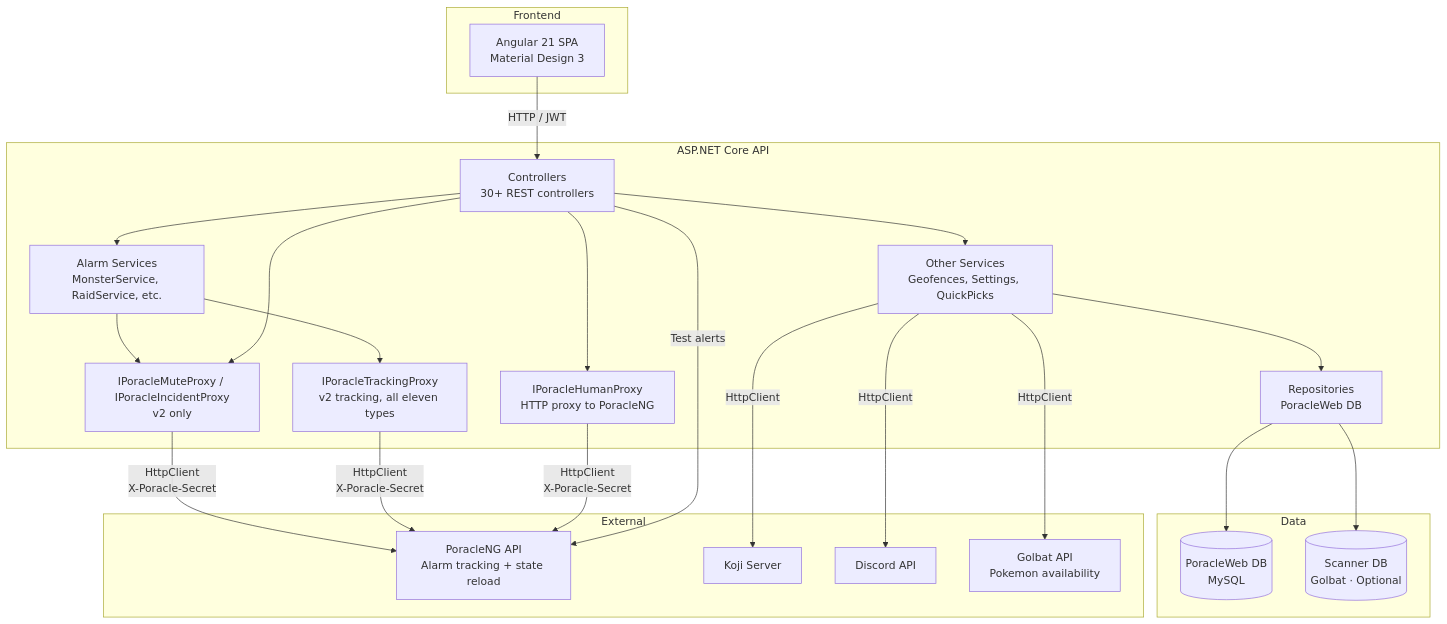
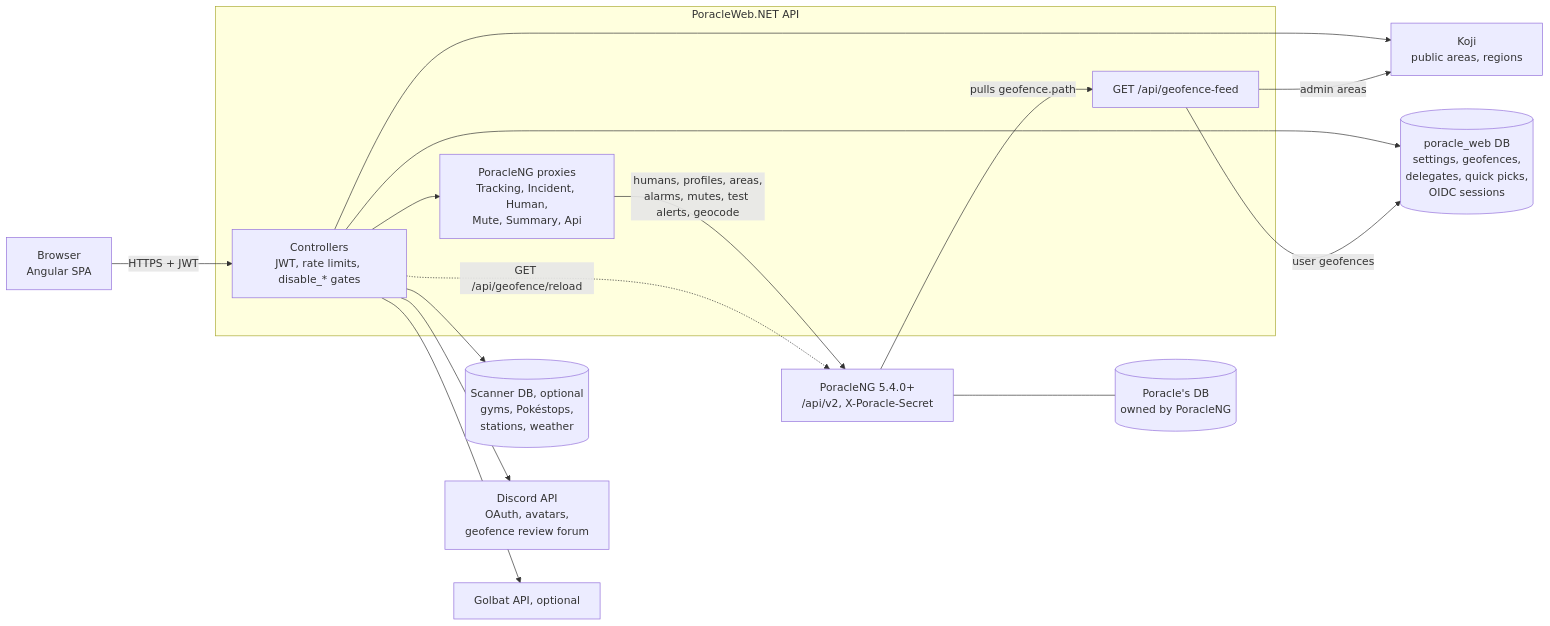
One commit to PGAN-Dev/PoracleWeb.NET changed the diagram in docs/architecture/overview.md. Above: the diagram before and after it, drawn with Mermaid. The commit also changed other lines of this file and 7 other files, not shown here.

First line of the commit message:
docs: bring the architecture pages up to the 5.4.0 v2 integration

````diff
--- a/docs/architecture/overview.md
+++ b/docs/architecture/overview.md
@@ -35,46 +36,29 @@
 ```mermaid
-graph TB
-    subgraph Frontend
-        Angular[Angular 21 SPA<br/>Material Design 3]
+flowchart LR
+    Browser["Browser<br/>Angular SPA"]
+    subgraph PW["PoracleWeb.NET API"]
+        API["Controllers<br/>JWT, rate limits, disable_* gates"]
+        Proxies["PoracleNG proxies<br/>Tracking, Incident, Human,<br/>Mute, Summary, Api"]
+        Feed["GET /api/geofence-feed"]
     end
-
-    subgraph Backend["ASP.NET Core API"]
-        Controllers[Controllers<br/>30+ REST controllers]
-        AlarmServices[Alarm Services<br/>MonsterService, RaidService, etc.]
-        TrackingProxy[IPoracleTrackingProxy<br/>v2 tracking, all eleven types]
-        HumanProxy[IPoracleHumanProxy<br/>HTTP proxy to PoracleNG]
-        V2Proxies["IPoracleMuteProxy / IPoracleIncidentProxy<br/>v2 only"]
-        OtherServices[Other Services<br/>Geofences, Settings, QuickPicks]
-        Repositories[Repositories<br/>PoracleWeb DB]
-    end
-
-    subgraph Data
-        WebDB[(PoracleWeb DB<br/>MySQL)]
-        ScannerDB[(Scanner DB<br/>Golbat · Optional)]
-    end
-
-    subgraph External
-        PoracleNG[PoracleNG API<br/>Alarm tracking + state reload]
-        Koji[Koji Server]
-        Discord[Discord API]
-        Golbat[Golbat API<br/>Pokemon availability]
-    end
-
-    Angular -->|HTTP / JWT| Controllers
-    Controllers --> AlarmServices
-    Controllers --> OtherServices
-    AlarmServices --> TrackingProxy
-    AlarmServices --> V2Proxies
-    Controllers --> V2Proxies
-    Controllers --> HumanProxy
-    V2Proxies -->|HttpClient<br/>X-Poracle-Secret| PoracleNG
-    TrackingProxy -->|HttpClient<br/>X-Poracle-Secret| PoracleNG
-    HumanProxy -->|HttpClient<br/>X-Poracle-Secret| PoracleNG
-    OtherServices --> Repositories
-    Repositories --> WebDB
-    Repositories --> ScannerDB
-    OtherServices -->|HttpClient| Koji
-    OtherServices -->|HttpClient| Discord
-    OtherServices -->|HttpClient| Golbat
-    Controllers -->|Test alerts| PoracleNG
+    WebDB[("poracle_web DB<br/>settings, geofences,<br/>delegates, quick picks,<br/>OIDC sessions")]
+    Scanner[("Scanner DB, optional<br/>gyms, Pokéstops,<br/>stations, weather")]
+    NG["PoracleNG 5.4.0+<br/>/api/v2, X-Poracle-Secret"]
+    NGDB[("Poracle's DB<br/>owned by PoracleNG")]
+    Koji["Koji<br/>public areas, regions"]
+    Discord["Discord API<br/>OAuth, avatars,<br/>geofence review forum"]
+    Golbat["Golbat API, optional"]
+    Browser -->|"HTTPS + JWT"| API
+    API --> Proxies
+    Proxies -->|"humans, profiles, areas,<br/>alarms, mutes, test alerts, geocode"| NG
+    NG --- NGDB
+    API --> WebDB
+    API --> Scanner
+    API --> Koji
+    API --> Discord
+    API --> Golbat
+    Feed -->|"admin areas"| Koji
+    Feed -->|"user geofences"| WebDB
+    NG -->|"pulls geofence.path"| Feed
+    API -.->|"GET /api/geofence/reload"| NG
 ```
````
